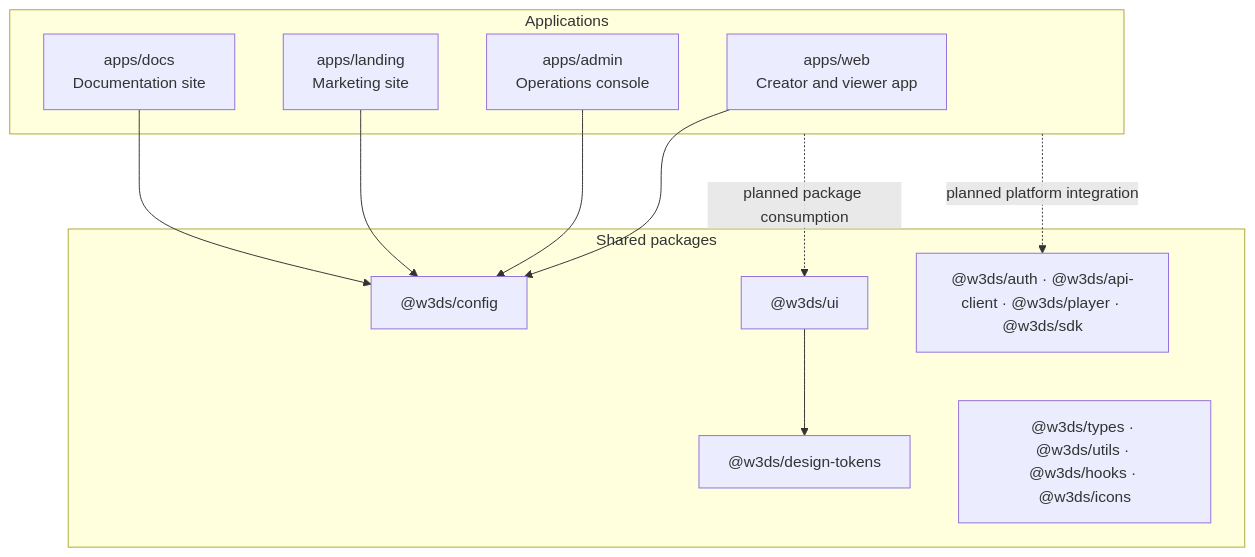
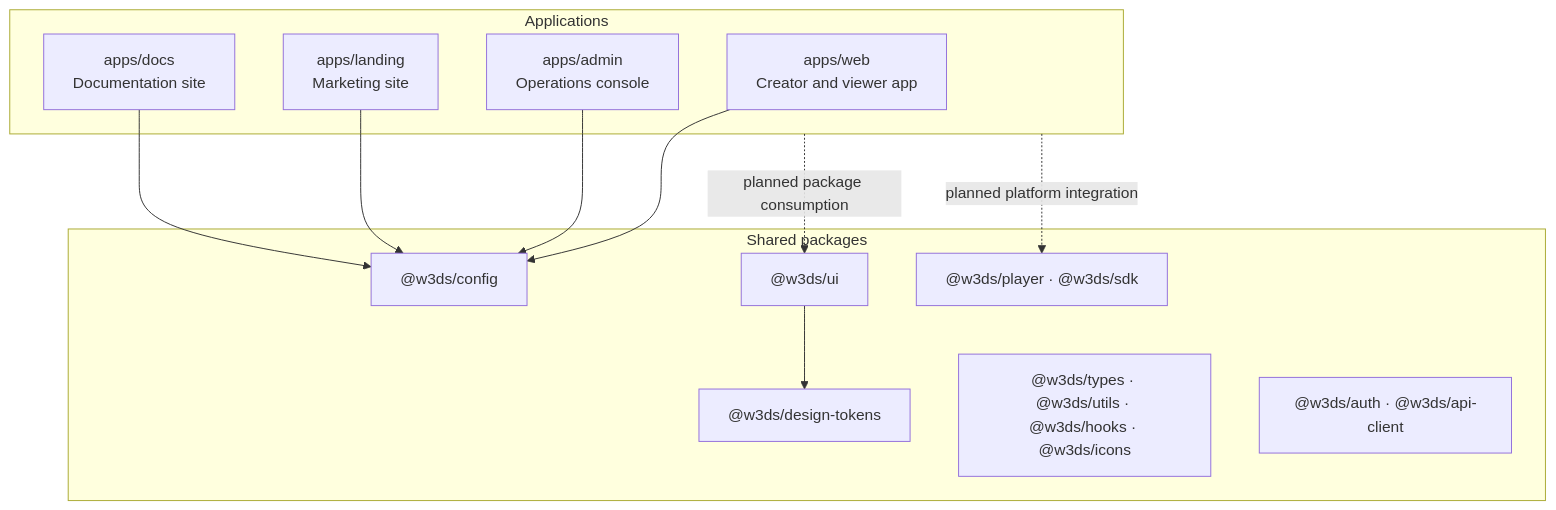
One commit to serobkhachatryan-cpu/vidak changed the first of 2 diagrams in docs/architecture.md. Above: the diagram before and after it, drawn with Mermaid. The commit also changed other lines of this file and 7 other files, not shown here.

First line of the commit message:
refactor(auth): improve authentication architecture

````diff
--- a/docs/architecture.md
+++ b/docs/architecture.md
@@ -11,25 +11,26 @@
 ```mermaid
 flowchart TB
   subgraph Applications
     Web["apps/web<br/>Creator and viewer app"]
     Admin["apps/admin<br/>Operations console"]
     Landing["apps/landing<br/>Marketing site"]
     Docs["apps/docs<br/>Documentation site"]
   end
 
   subgraph Shared packages
     Config["@w3ds/config"]
     UI["@w3ds/ui"]
     Tokens["@w3ds/design-tokens"]
     Foundation["@w3ds/types · @w3ds/utils · @w3ds/hooks · @w3ds/icons"]
-    Future["@w3ds/auth · @w3ds/api-client · @w3ds/player · @w3ds/sdk"]
+    Platform["@w3ds/auth · @w3ds/api-client"]
+    Future["@w3ds/player · @w3ds/sdk"]
   end
 
   UI --> Tokens
   Web --> Config
   Admin --> Config
   Landing --> Config
   Docs --> Config
   Applications -. planned package consumption .-> UI
   Applications -. planned platform integration .-> Future
 ```
````
